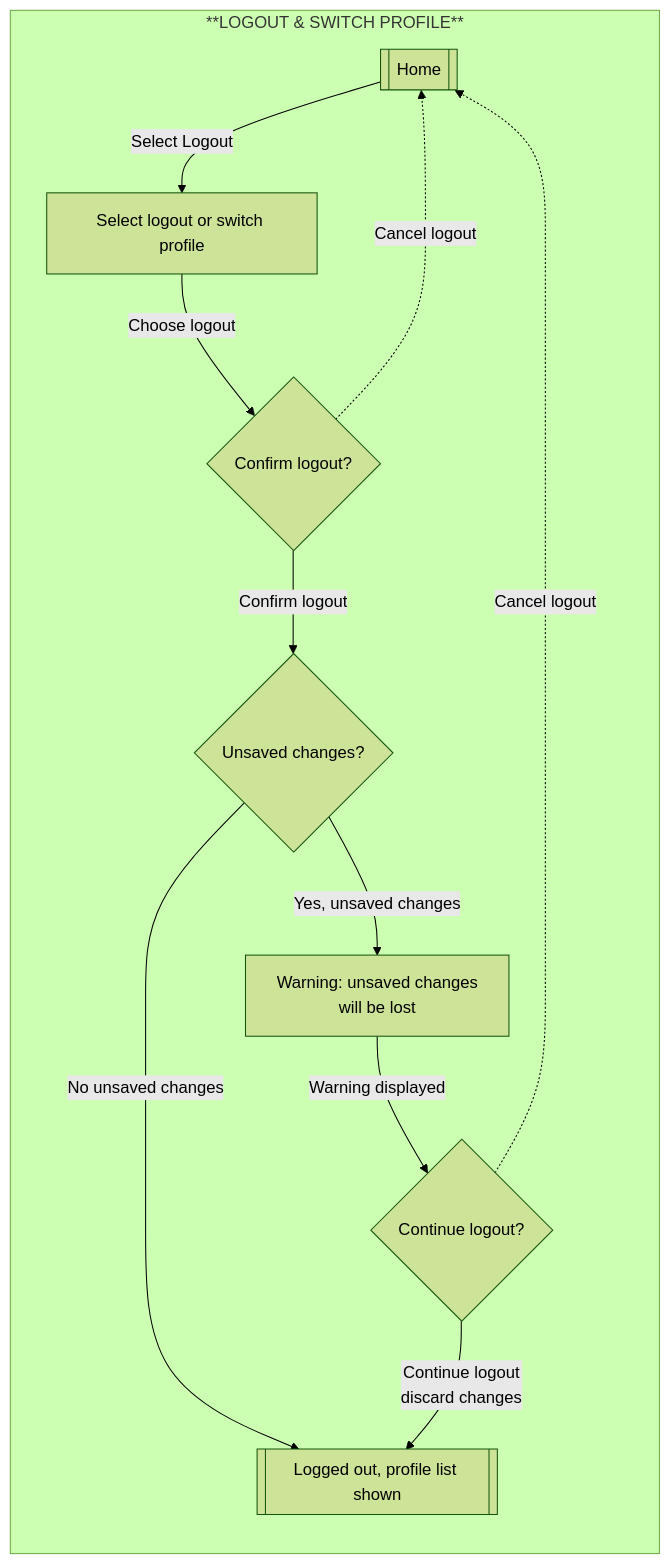
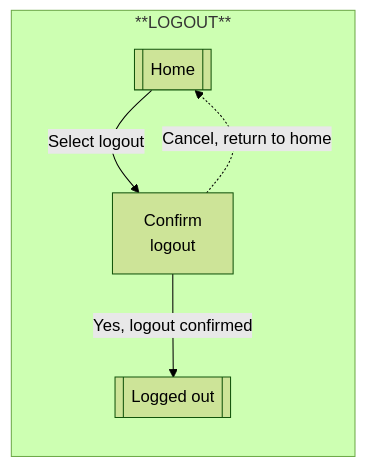
The fourth of 8 diagrams in README.md (Karan4248/Exercise-Tracker), drawn with Mermaid (forest theme) before and after one commit. The commit also changed other lines of this file, not shown here.

````diff
--- a/README.md
+++ b/README.md
@@ -66,28 +71,13 @@
 ```mermaid
 flowchart
-  subgraph **LOGOUT & SWITCH PROFILE**
+  subgraph **LOGOUT**
     direction TB
     start[[Home]]
-    action["Select logout or switch profile"]
+    confirm["Confirm<br/>logout"]
+    success[[Logged out]]
     
-    confirm{Confirm logout?}
-    
-    saved{Unsaved changes?}
-    
-    warn["Warning: unsaved changes<br/>will be lost"]
-    
-    choice{Continue logout?}
-    
-    success[[Logged out, profile list shown]]
-    
-    start -- "Select Logout" --> action
-    action -- "Choose logout" --> confirm
-    confirm -. "Cancel logout" .-> start
-    confirm -- "Confirm logout" --> saved
-    saved -- "No unsaved changes" --> success
-    saved -- "Yes, unsaved changes" --> warn
-    warn -- "Warning displayed" --> choice
-    choice -. "Cancel logout" .-> start
-    choice -- "Continue logout<br/>discard changes" --> success
+    start -- Select logout --> confirm
+    confirm -- Yes, logout confirmed --> success
+    confirm -. Cancel, return to home .-> start
   end
 ```
````
